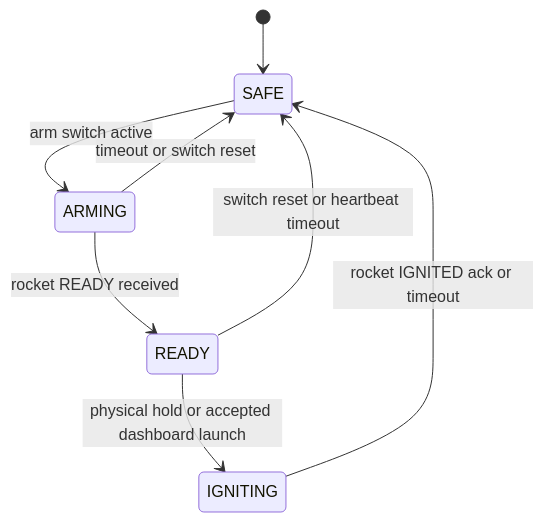
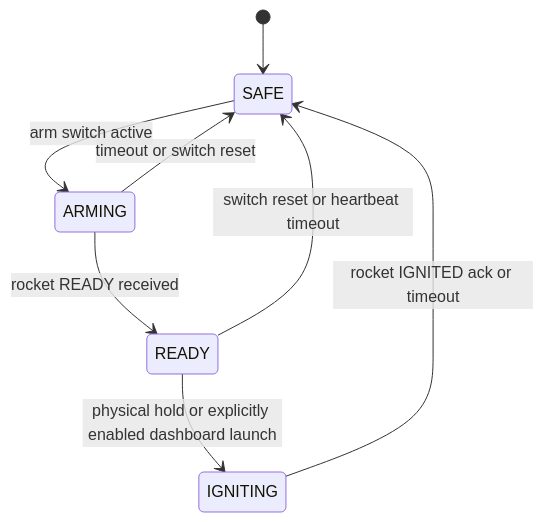
One commit to topherchris420/33 changed the second of 3 diagrams in docs/ARCHITECTURE.md. Above: the diagram before and after it, drawn with Mermaid. The commit also changed other lines of this file and 20 other files, not shown here.

````diff
--- a/docs/ARCHITECTURE.md
+++ b/docs/ARCHITECTURE.md
@@ -30,10 +30,10 @@
 ```mermaid
 stateDiagram-v2
     [*] --> SAFE
     SAFE --> ARMING: arm switch active
     ARMING --> READY: rocket READY received
     ARMING --> SAFE: timeout or switch reset
-    READY --> IGNITING: physical hold or accepted dashboard launch
+    READY --> IGNITING: physical hold or explicitly enabled dashboard launch
     READY --> SAFE: switch reset or heartbeat timeout
     IGNITING --> SAFE: rocket IGNITED ack or timeout
 ```
````
